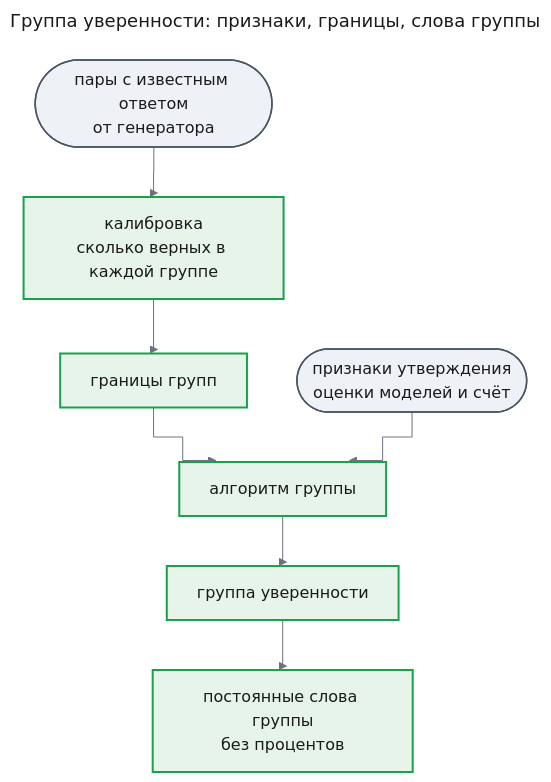
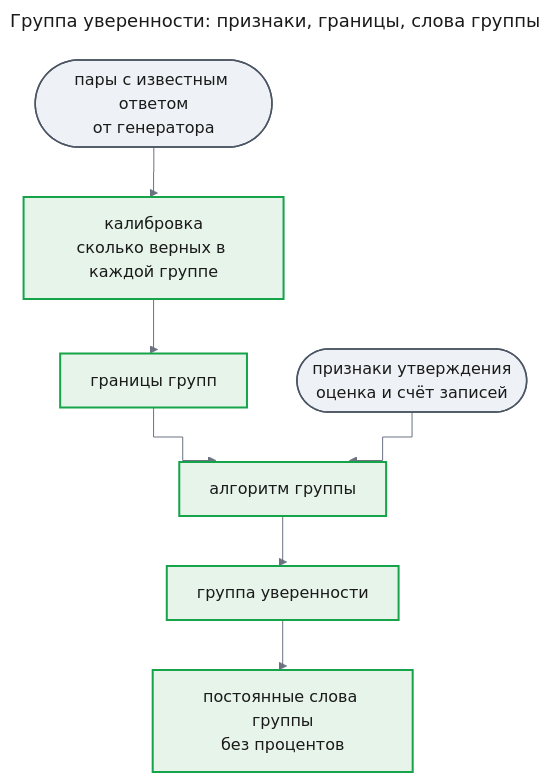
One commit to tundraray/agent-os changed the fifth of 10 diagrams in docs/features/agent-quality/prd.md. Above: the diagram before and after it, drawn with Mermaid. The commit also changed other lines of this file, not shown here.

````diff
--- a/docs/features/agent-quality/prd.md
+++ b/docs/features/agent-quality/prd.md
@@ -320,29 +320,29 @@
 ```mermaid
 ---
 title: "Группа уверенности: признаки, границы, слова группы"
 config:
   theme: base
   look: classic
   themeVariables:
     primaryColor: "#eef1f5"
     primaryBorderColor: "#4b5563"
     primaryTextColor: "#1a1a1a"
     lineColor: "#6b7280"
   flowchart:
     curve: step
 ---
 flowchart TB
     pairs(["пары с известным ответом<br/>от генератора"])
     cal["калибровка<br/>сколько верных в каждой группе"]
     bounds["границы групп"]
-    feats(["признаки утверждения<br/>оценки моделей и счёт"])
+    feats(["признаки утверждения<br/>оценка и счёт записей"])
     alg["алгоритм группы"]
     grp["группа уверенности"]
     word["постоянные слова группы<br/>без процентов"]
     pairs --> cal --> bounds --> alg
     feats --> alg --> grp --> word
     classDef new fill:#e6f4ea,stroke:#16a34a,stroke-width:2px,color:#1a1a1a
     classDef unchanged fill:#eef1f5,stroke:#4b5563,stroke-width:1.5px,color:#1a1a1a
     class cal,bounds,alg,grp,word new
     class pairs,feats unchanged
 ```
````
